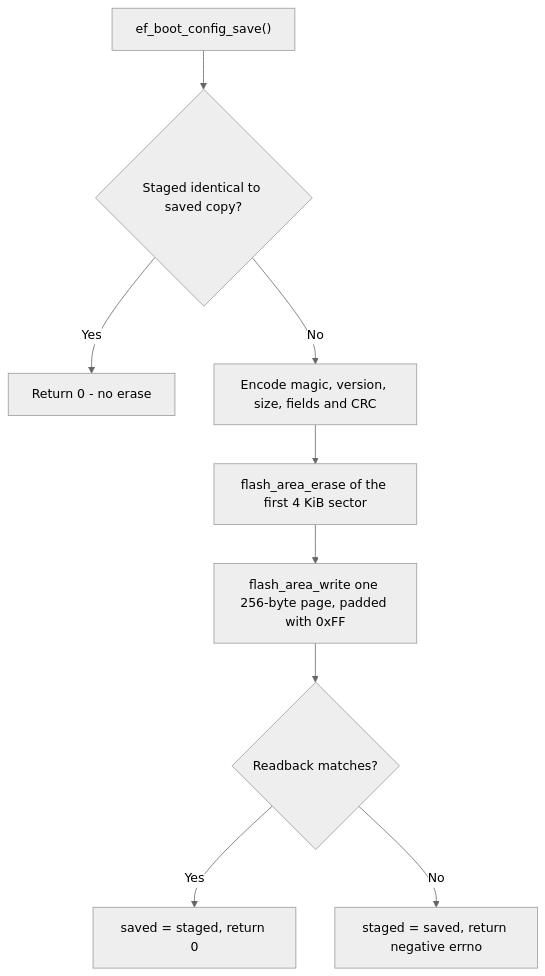
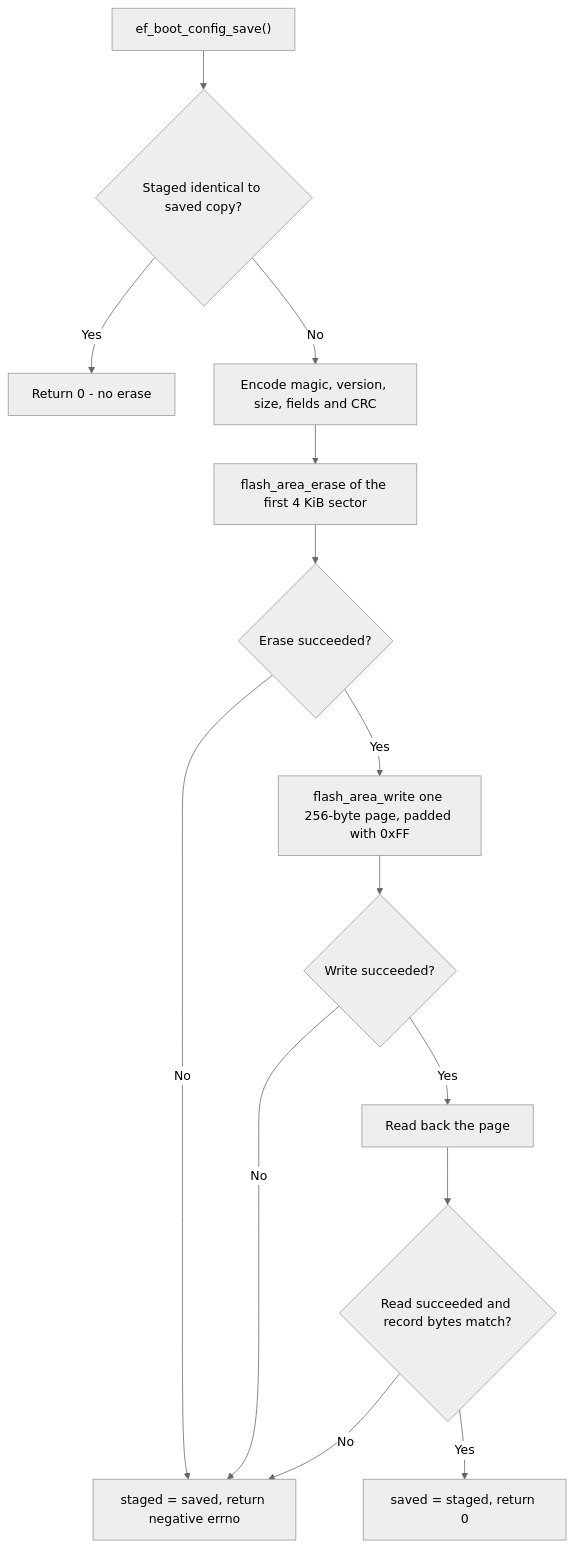
One commit to djwinter29-oss/ESPForge changed the fifth of 6 diagrams in docs/reference/settings.md. Above: the diagram before and after it, drawn with Mermaid (neutral theme). The commit also changed other lines of this file and 57 other files, not shown here.

````diff
--- a/docs/reference/settings.md
+++ b/docs/reference/settings.md
@@ -145,11 +156,16 @@
 ```mermaid
 flowchart TD
     Start["ef_boot_config_save()"] --> Same{"Staged identical to saved copy?"}
     Same -->|Yes| Ok["Return 0 - no erase"]
     Same -->|No| Build["Encode magic, version, size, fields and CRC"]
     Build --> Erase["flash_area_erase of the first 4 KiB sector"]
-    Erase --> Program["flash_area_write one 256-byte page, padded with 0xFF"]
-    Program --> Verify{"Readback matches?"}
+    Erase --> Erased{"Erase succeeded?"}
+    Erased -->|No| Fail["staged = saved, return negative errno"]
+    Erased -->|Yes| Program["flash_area_write one 256-byte page, padded with 0xFF"]
+    Program --> Written{"Write succeeded?"}
+    Written -->|No| Fail
+    Written -->|Yes| Read["Read back the page"]
+    Read --> Verify{"Read succeeded and record bytes match?"}
     Verify -->|Yes| Ok2["saved = staged, return 0"]
-    Verify -->|No| Fail["staged = saved, return negative errno"]
+    Verify -->|No| Fail
 ```
````
